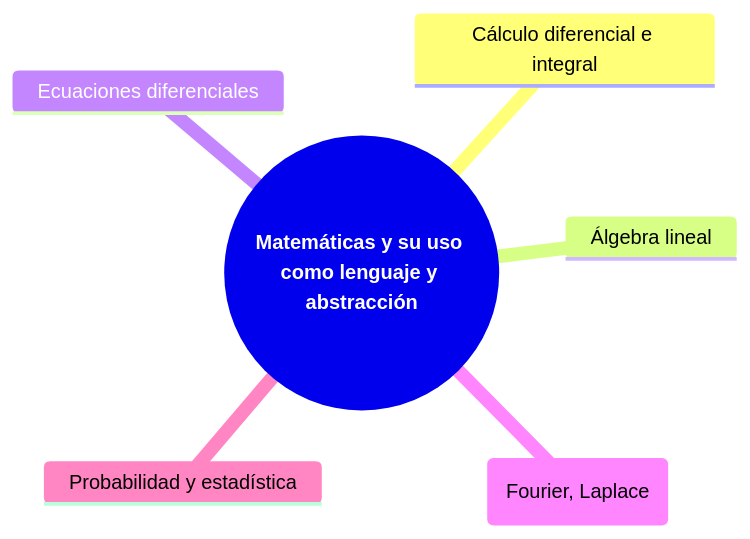
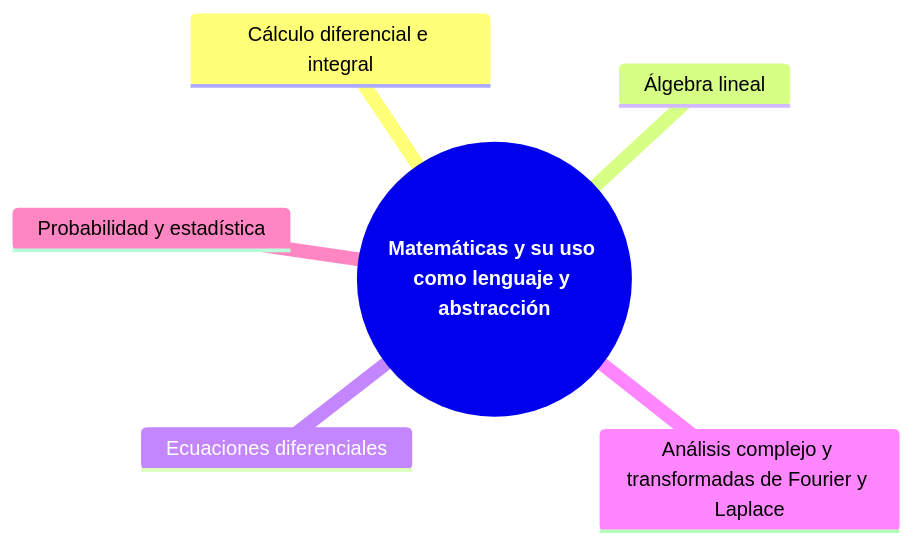
The third of 8 diagrams in bitacoras-exploracion/BE-conceptos-fundamentales-para-fisicos.md (NaTHuber/exploration-notes), drawn with Mermaid before and after one commit.

Commit message:
BE: Se corregin errores tipograficos de la bitacora

````diff
--- a/bitacoras-exploracion/BE-conceptos-fundamentales-para-fisicos.md
+++ b/bitacoras-exploracion/BE-conceptos-fundamentales-para-fisicos.md
@@ -43,10 +43,10 @@
 ```mermaid
 mindmap
   root((**Matemáticas y su uso como lenguaje y abstracción**))
     Cálculo diferencial e integral
     Álgebra lineal
     Ecuaciones diferenciales
-    Análisis complejo y transformadas (Fourier, Laplace)
+    Análisis complejo y transformadas de Fourier y Laplace
     Probabilidad y estadística
 
 ```
````
